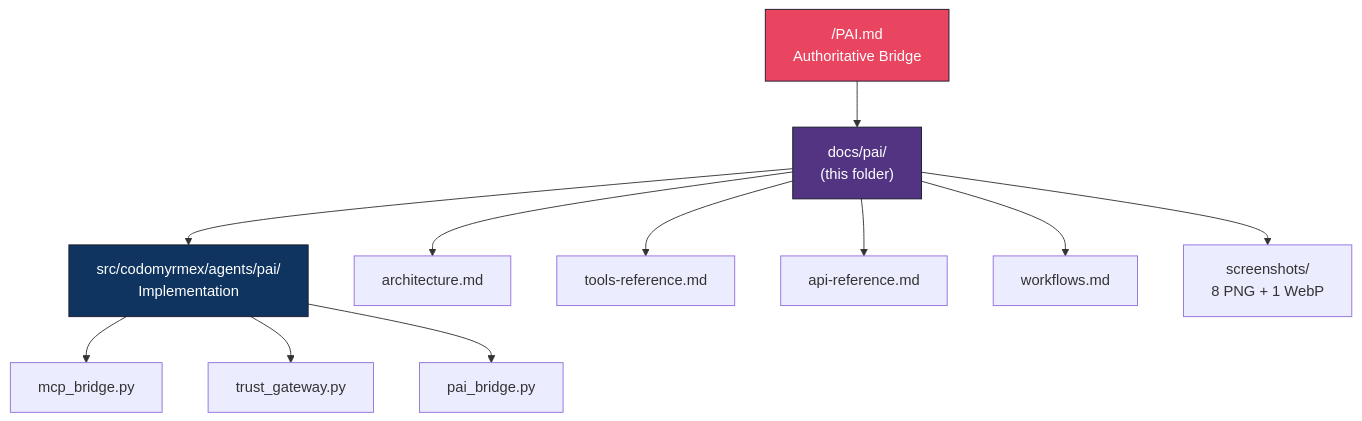
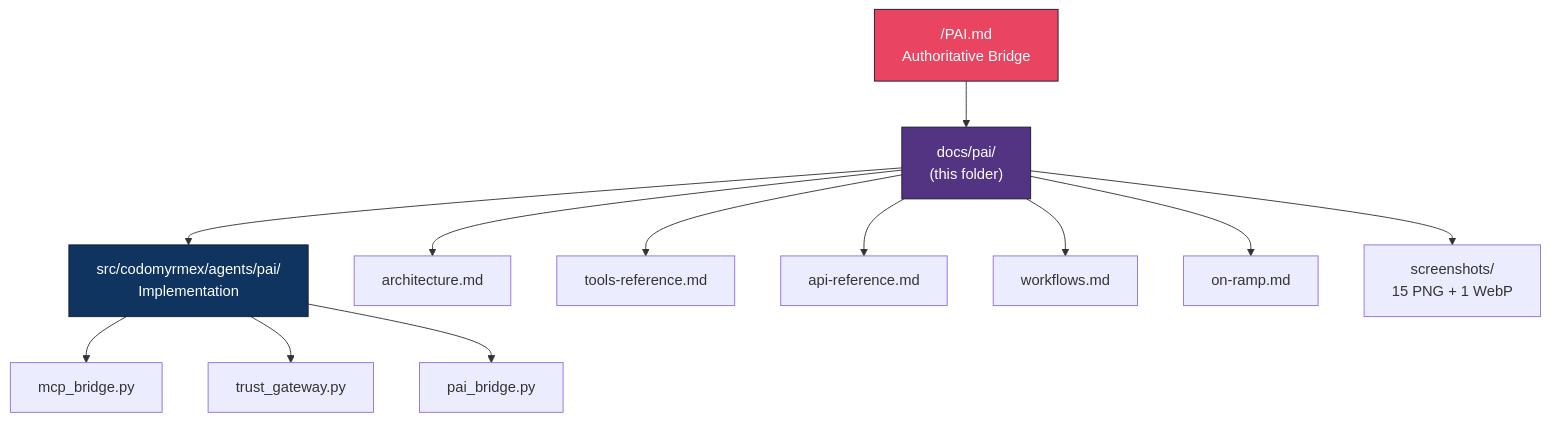
One commit to docxology/codomyrmex changed the seventh of 8 diagrams in docs/pai/README.md. Above: the diagram before and after it, drawn with Mermaid. The commit also changed other lines of this file and 10 other files, not shown here.

````diff
--- a/docs/pai/README.md
+++ b/docs/pai/README.md
@@ -343,23 +343,24 @@
 ```mermaid
 graph TD
     ROOT["/PAI.md<br/>Authoritative Bridge"]
     DOCS["docs/pai/<br/>(this folder)"]
     SRC["src/codomyrmex/agents/pai/<br/>Implementation"]
 
     ROOT --> DOCS
     DOCS --> SRC
 
     DOCS --> ARCH["architecture.md"]
     DOCS --> TOOLS["tools-reference.md"]
     DOCS --> API["api-reference.md"]
     DOCS --> WF["workflows.md"]
-    DOCS --> SCREENSHOTS["screenshots/<br/>8 PNG + 1 WebP"]
+    DOCS --> ONRAMP["on-ramp.md"]
+    DOCS --> SCREENSHOTS["screenshots/<br/>15 PNG + 1 WebP"]
 
     SRC --> BRIDGE["mcp_bridge.py"]
     SRC --> TRUST_GW["trust_gateway.py"]
     SRC --> PAI_BR["pai_bridge.py"]
 
     style ROOT fill:#e94560,stroke:#1a1a2e,color:#fff
     style DOCS fill:#533483,stroke:#1a1a2e,color:#fff
     style SRC fill:#0f3460,stroke:#1a1a2e,color:#fff
 ```
````
